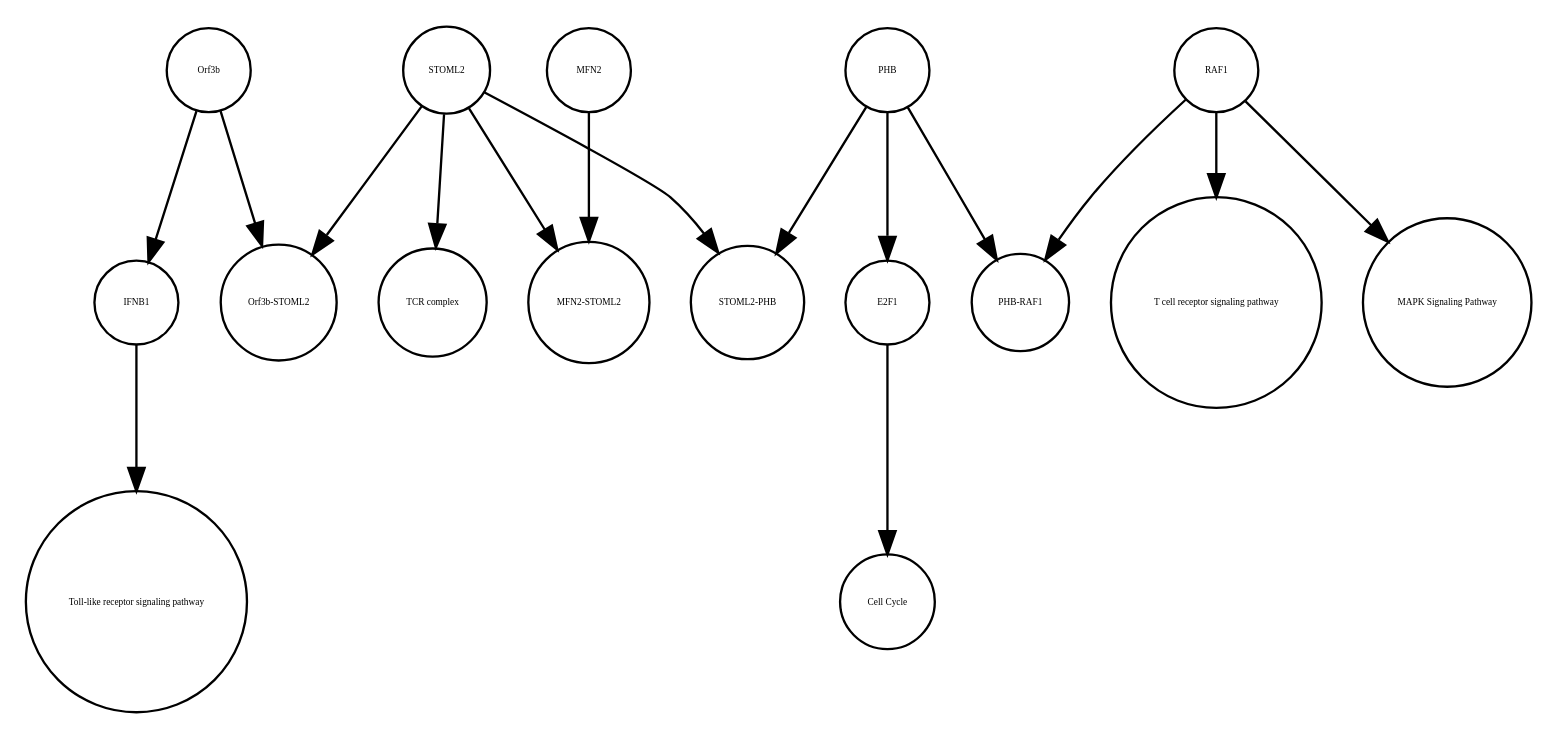
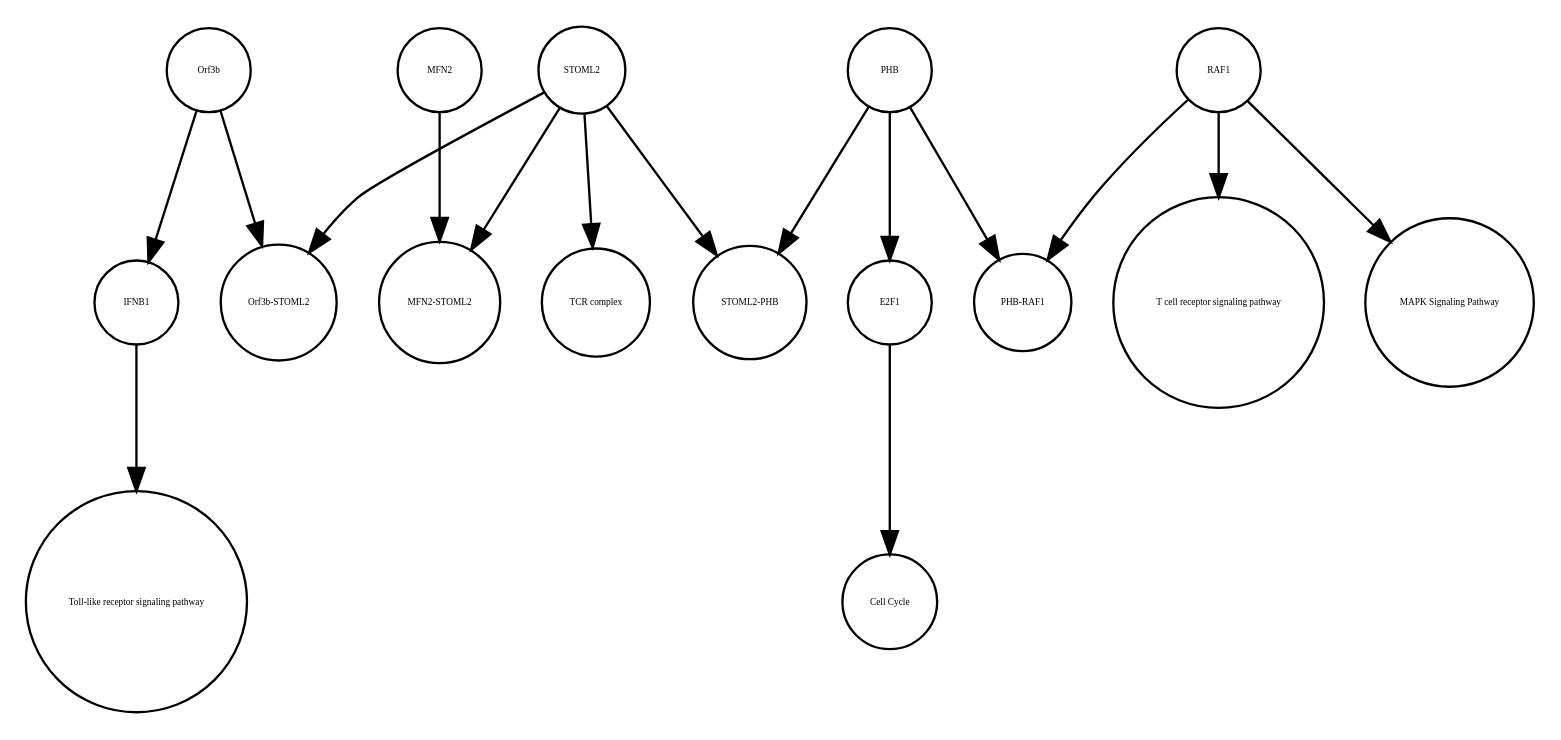
The diagram in Orf3b_0620_2020.xml_projected.dot (cannin/covid19-sbgn), drawn with Graphviz before and after one commit. The commit also changed other lines of this file and 572 other files, not shown here.

```diff
--- a/Orf3b_0620_2020.xml_projected.dot
+++ b/Orf3b_0620_2020.xml_projected.dot
@@ -1,33 +1,33 @@
 strict digraph  {
 Orf3b [annotation="", bipartite=0, cls=macromolecule, fontsize=4, label=Orf3b, shape=circle];
 IFNB1 [annotation=urn_miriam_uniprot_P01574, bipartite=0, cls=macromolecule, fontsize=4, label=IFNB1, shape=circle];
 "Toll-like receptor signaling pathway" [annotation="urn_miriam_kegg.pathway_hsa04620", bipartite=0, cls=phenotype, fontsize=4, label="Toll-like receptor signaling pathway", shape=circle];
 PHB [annotation=urn_miriam_uniprot_P35232, bipartite=0, cls=macromolecule, fontsize=4, label=PHB, shape=circle];
 E2F1 [annotation=urn_miriam_uniprot_Q01094, bipartite=0, cls=macromolecule, fontsize=4, label=E2F1, shape=circle];
 "Cell Cycle" [annotation="urn_miriam_kegg.pathway_hsa04110", bipartite=0, cls=phenotype, fontsize=4, label="Cell Cycle", shape=circle];
 RAF1 [annotation=urn_miriam_uniprot_P04049, bipartite=0, cls=macromolecule, fontsize=4, label=RAF1, shape=circle];
 "MAPK Signaling Pathway" [annotation="urn_miriam_kegg.pathway_hsa04010", bipartite=0, cls=phenotype, fontsize=4, label="MAPK Signaling Pathway", shape=circle];
 "T cell receptor signaling pathway" [annotation="urn_miriam_kegg.pathway_hsa04660", bipartite=0, cls=phenotype, fontsize=4, label="T cell receptor signaling pathway", shape=circle];
+"Orf3b-STOML2" [annotation="", bipartite=0, cls=complex, fontsize=4, label="Orf3b-STOML2", shape=circle];
 "PHB-RAF1" [annotation="", bipartite=0, cls=complex, fontsize=4, label="PHB-RAF1", shape=circle];
-"STOML2-PHB" [annotation="", bipartite=0, cls=complex, fontsize=4, label="STOML2-PHB", shape=circle];
-MFN2 [annotation=urn_miriam_uniprot_O95140, bipartite=0, cls=macromolecule, fontsize=4, label=MFN2, shape=circle];
 "MFN2-STOML2" [annotation="", bipartite=0, cls=complex, fontsize=4, label="MFN2-STOML2", shape=circle];
 STOML2 [annotation=urn_miriam_pubmed_18641330, bipartite=0, cls="macromolecule multimer", fontsize=4, label=STOML2, shape=circle];
+MFN2 [annotation=urn_miriam_uniprot_O95140, bipartite=0, cls=macromolecule, fontsize=4, label=MFN2, shape=circle];
+"STOML2-PHB" [annotation="", bipartite=0, cls=complex, fontsize=4, label="STOML2-PHB", shape=circle];
 "TCR complex" [annotation="urn_miriam_uniprot_P07766|urn_miriam_uniprot_P04234|urn_miriam_uniprot_P09693|urn_miriam_uniprot_P20963|urn_miriam_uniprot_P01848|urn_miriam_uniprot_Q9UJZ1|urn_miriam_uniprot_P0DSE2", bipartite=0, cls=complex, fontsize=4, label="TCR complex", shape=circle];
-"Orf3b-STOML2" [annotation="", bipartite=0, cls=complex, fontsize=4, label="Orf3b-STOML2", shape=circle];
 Orf3b -> IFNB1  [annotation="", interaction_type=inhibition];
 Orf3b -> "Orf3b-STOML2"  [annotation="", interaction_type=production];
 IFNB1 -> "Toll-like receptor signaling pathway"  [annotation="", interaction_type=stimulation];
 PHB -> E2F1  [annotation="", interaction_type=inhibition];
+PHB -> "PHB-RAF1"  [annotation="", interaction_type=production];
 PHB -> "STOML2-PHB"  [annotation="", interaction_type=production];
-PHB -> "PHB-RAF1"  [annotation="", interaction_type=production];
 E2F1 -> "Cell Cycle"  [annotation="", interaction_type=stimulation];
 RAF1 -> "MAPK Signaling Pathway"  [annotation="", interaction_type=stimulation];
 RAF1 -> "T cell receptor signaling pathway"  [annotation="", interaction_type=stimulation];
 RAF1 -> "PHB-RAF1"  [annotation="", interaction_type=production];
-MFN2 -> "MFN2-STOML2"  [annotation="", interaction_type=production];
 STOML2 -> "MFN2-STOML2"  [annotation="", interaction_type=production];
-STOML2 -> "Orf3b-STOML2"  [annotation="", interaction_type=production];
 STOML2 -> "STOML2-PHB"  [annotation="", interaction_type=production];
 STOML2 -> "TCR complex"  [annotation="", interaction_type=production];
+STOML2 -> "Orf3b-STOML2"  [annotation="", interaction_type=production];
+MFN2 -> "MFN2-STOML2"  [annotation="", interaction_type=production];
 }
```
